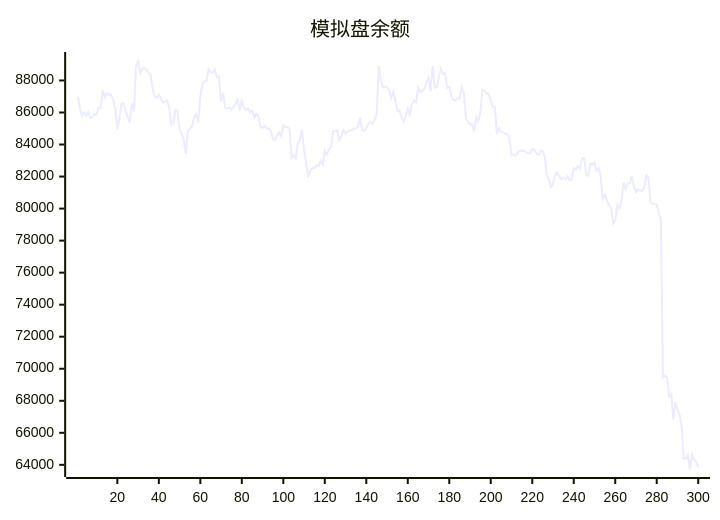
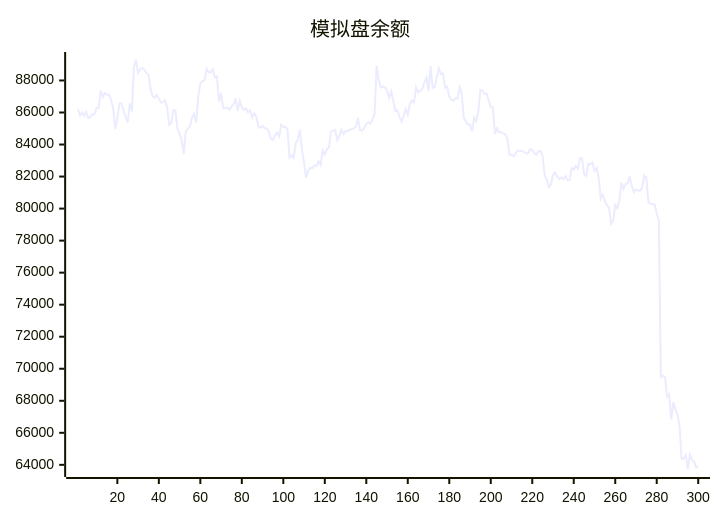
The diagram in README.md (aahl/ai-trading), drawn with Mermaid before and after one commit. The commit also changed other lines of this file and 1 other file, not shown here.

````diff
--- a/README.md
+++ b/README.md
@@ -5,5 +5,5 @@
 ```mermaid
 xychart
     title "模拟盘余额"
-    line [86980,86203,85802,86003,85811,86028,85657,85721,85896,85880,86300,86299,87378,86965,87214,87115,87118,86780,86238,84966,85623,86555,86562,86129,85722,85387,86569,86070,88870,89278,88477,88720,88781,88668,88467,88372,87493,87018,86917,87102,86870,86613,86644,86758,86317,85242,85334,86149,86106,84968,84671,84302,83410,84816,85001,85127,85693,85891,85384,87001,87811,87945,88007,88734,88528,88495,88705,88189,88248,86662,87234,86279,86251,86314,86177,86364,86503,86886,86114,86731,86310,86176,86240,86017,86136,85685,85938,85749,85111,85044,85164,85016,85008,84824,84354,84287,84572,84745,84500,85234,85096,85095,84970,83180,83338,83157,84070,84309,84922,83667,82850,81924,82369,82552,82539,82695,82648,82962,82728,83619,83378,83710,83825,84819,84854,84917,84265,84527,84919,84668,84834,84850,84916,84981,85004,85131,85674,84891,84864,85019,85284,85393,85294,85538,85894,88904,88012,87567,87625,87568,87386,86920,87313,86737,86094,86143,85725,85437,85787,86219,85859,86526,86740,86630,87563,87264,87335,87483,87886,88180,87335,88894,87544,87608,88207,88755,88401,88444,87543,87608,87000,86810,86740,86894,86884,87576,87209,85686,85435,85251,85255,84820,85689,85453,86066,87420,87373,87161,87178,86740,86341,86315,84643,85012,84772,84768,84690,84635,84376,83360,83357,83259,83474,83608,83606,83602,83548,83440,83454,83724,83644,83464,83365,83590,83592,83275,82072,81806,81344,81492,82109,82254,82006,81848,81955,81829,82022,81769,81776,82522,82441,82656,82498,83144,83144,82150,82038,82797,82763,82872,82367,82536,81981,80612,80862,80484,80242,80034,79063,79245,80226,80016,80507,81625,81233,81544,81578,82016,81401,81019,81186,81130,81118,81306,82066,81909,80392,80304,80291,80258,79729,79261,69466,69579,69456,68251,68415,66832,67911,67462,67144,66432,64380,64375,64606,63740,64647,64324,64216,63842]
+    line [86203,85802,86003,85811,86028,85657,85721,85896,85880,86300,86299,87378,86965,87214,87115,87118,86780,86238,84966,85623,86555,86562,86129,85722,85387,86569,86070,88870,89278,88477,88720,88781,88668,88467,88372,87493,87018,86917,87102,86870,86613,86644,86758,86317,85242,85334,86149,86106,84968,84671,84302,83410,84816,85001,85127,85693,85891,85384,87001,87811,87945,88007,88734,88528,88495,88705,88189,88248,86662,87234,86279,86251,86314,86177,86364,86503,86886,86114,86731,86310,86176,86240,86017,86136,85685,85938,85749,85111,85044,85164,85016,85008,84824,84354,84287,84572,84745,84500,85234,85096,85095,84970,83180,83338,83157,84070,84309,84922,83667,82850,81924,82369,82552,82539,82695,82648,82962,82728,83619,83378,83710,83825,84819,84854,84917,84265,84527,84919,84668,84834,84850,84916,84981,85004,85131,85674,84891,84864,85019,85284,85393,85294,85538,85894,88904,88012,87567,87625,87568,87386,86920,87313,86737,86094,86143,85725,85437,85787,86219,85859,86526,86740,86630,87563,87264,87335,87483,87886,88180,87335,88894,87544,87608,88207,88755,88401,88444,87543,87608,87000,86810,86740,86894,86884,87576,87209,85686,85435,85251,85255,84820,85689,85453,86066,87420,87373,87161,87178,86740,86341,86315,84643,85012,84772,84768,84690,84635,84376,83360,83357,83259,83474,83608,83606,83602,83548,83440,83454,83724,83644,83464,83365,83590,83592,83275,82072,81806,81344,81492,82109,82254,82006,81848,81955,81829,82022,81769,81776,82522,82441,82656,82498,83144,83144,82150,82038,82797,82763,82872,82367,82536,81981,80612,80862,80484,80242,80034,79063,79245,80226,80016,80507,81625,81233,81544,81578,82016,81401,81019,81186,81130,81118,81306,82066,81909,80392,80304,80291,80258,79729,79261,69466,69579,69456,68251,68415,66832,67911,67462,67144,66432,64380,64375,64606,63740,64647,64324,64216,63842,63877]
 ```
````
